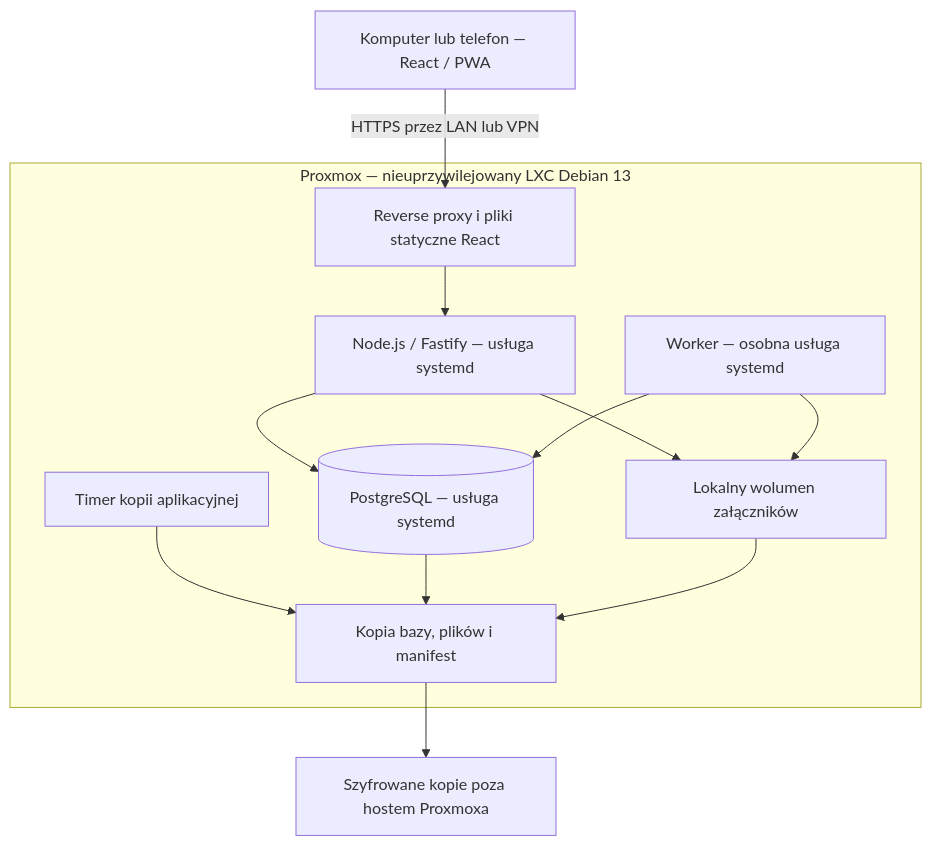
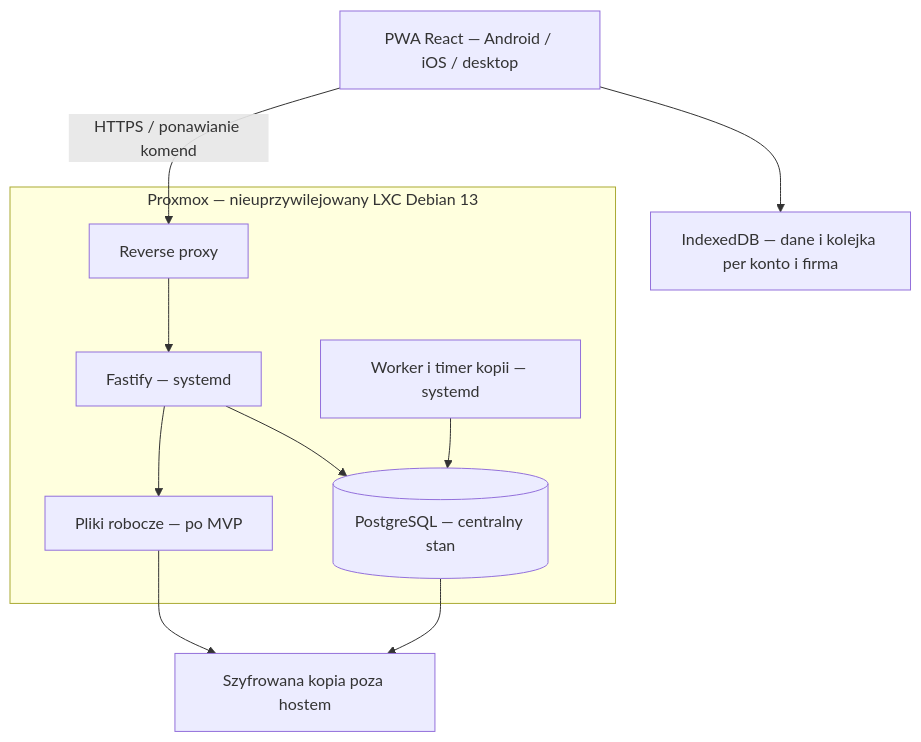
One commit to llit47/sitegrid changed the diagram in docs/audit/ARCHITECTURE.md. Above: the diagram before and after it, drawn with Mermaid. The commit also changed other lines of this file and 3 other files, not shown here.

Commit message:
docs: define multi-tenant architecture and offline support

````diff
--- a/docs/audit/ARCHITECTURE.md
+++ b/docs/audit/ARCHITECTURE.md
@@ -19,15 +32,13 @@
 ```mermaid
 flowchart TD
-    U[Komputer lub telefon — React / PWA] -->|HTTPS przez LAN lub VPN| R
-    subgraph P[Proxmox — nieuprzywilejowany LXC Debian 13]
-      R[Reverse proxy i pliki statyczne React] --> A[Node.js / Fastify — usługa systemd]
-      A --> D[(PostgreSQL — usługa systemd)]
-      A --> F[Lokalny wolumen załączników]
-      W[Worker — osobna usługa systemd] --> D
-      W --> F
-      T[Timer kopii aplikacyjnej] --> B[Kopia bazy, plików i manifest]
-      D --> B
-      F --> B
+    U[PWA React — Android / iOS / desktop] --> L[IndexedDB — dane i kolejka per konto i firma]
+    U -->|HTTPS / ponawianie komend| R[Reverse proxy]
+    subgraph C[Proxmox — nieuprzywilejowany LXC Debian 13]
+      R --> A[Fastify — systemd]
+      A --> D[(PostgreSQL — centralny stan)]
+      W[Worker i timer kopii — systemd] --> D
+      A --> F[Pliki robocze — po MVP]
     end
-    B --> E[Szyfrowane kopie poza hostem Proxmoxa]
+    D --> B[Szyfrowana kopia poza hostem]
+    F --> B
 ```
````
